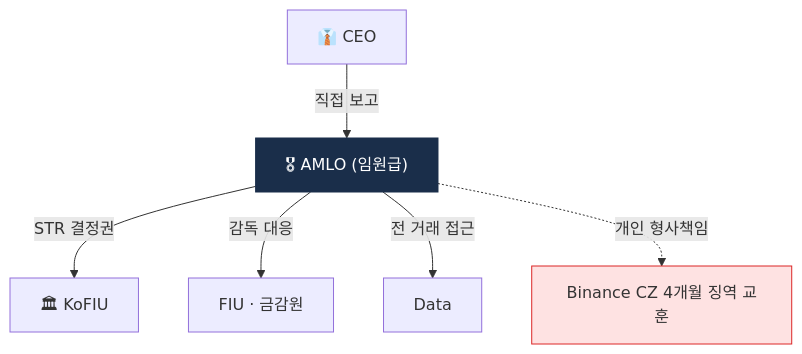
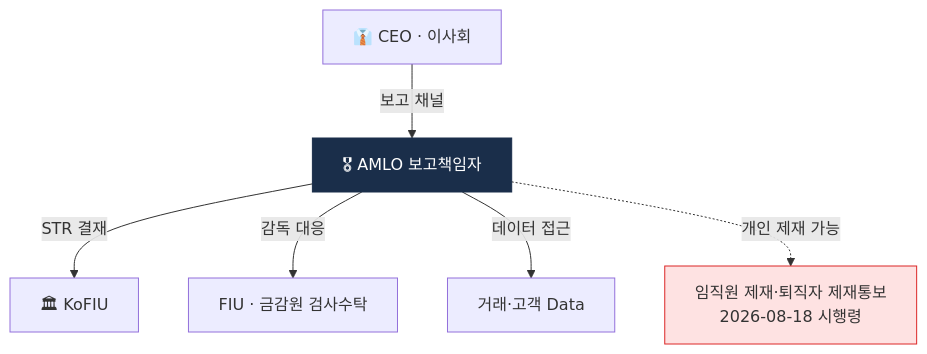
One commit to lala-david/aml-notes changed the first of 2 diagrams in curriculum/day_48.md. Above: the diagram before and after it, drawn with Mermaid. The commit also changed other lines of this file and 233 other files, not shown here.

````diff
--- a/curriculum/day_48.md
+++ b/curriculum/day_48.md
@@ -13,10 +12,10 @@
 ```mermaid
 flowchart TB
-    CEO["👔 CEO"] -->|직접 보고| A["🎖 AMLO (임원급)"]
-    A -->|STR 결정권| K["🏛 KoFIU"]
-    A -->|감독 대응| F["FIU · 금감원"]
-    A -->|전 거래 접근| D["Data"]
-    A -.개인 형사책임.-> CZ["Binance CZ 4개월 징역 교훈"]
+    CEO["👔 CEO · 이사회"] -->|보고 채널| A["🎖 AMLO 보고책임자"]
+    A -->|STR 결재| K["🏛 KoFIU"]
+    A -->|감독 대응| F["FIU · 금감원 검사수탁"]
+    A -->|데이터 접근| D["거래·고객 Data"]
+    A -.개인 제재 가능.-> P["임직원 제재·퇴직자 제재통보<br/>2026-08-18 시행령"]
     style A fill:#1a2e4a,color:#fff,stroke:#1a2e4a
-    style CZ fill:#fee2e2,stroke:#dc2626
+    style P fill:#fee2e2,stroke:#dc2626
 ```
````
